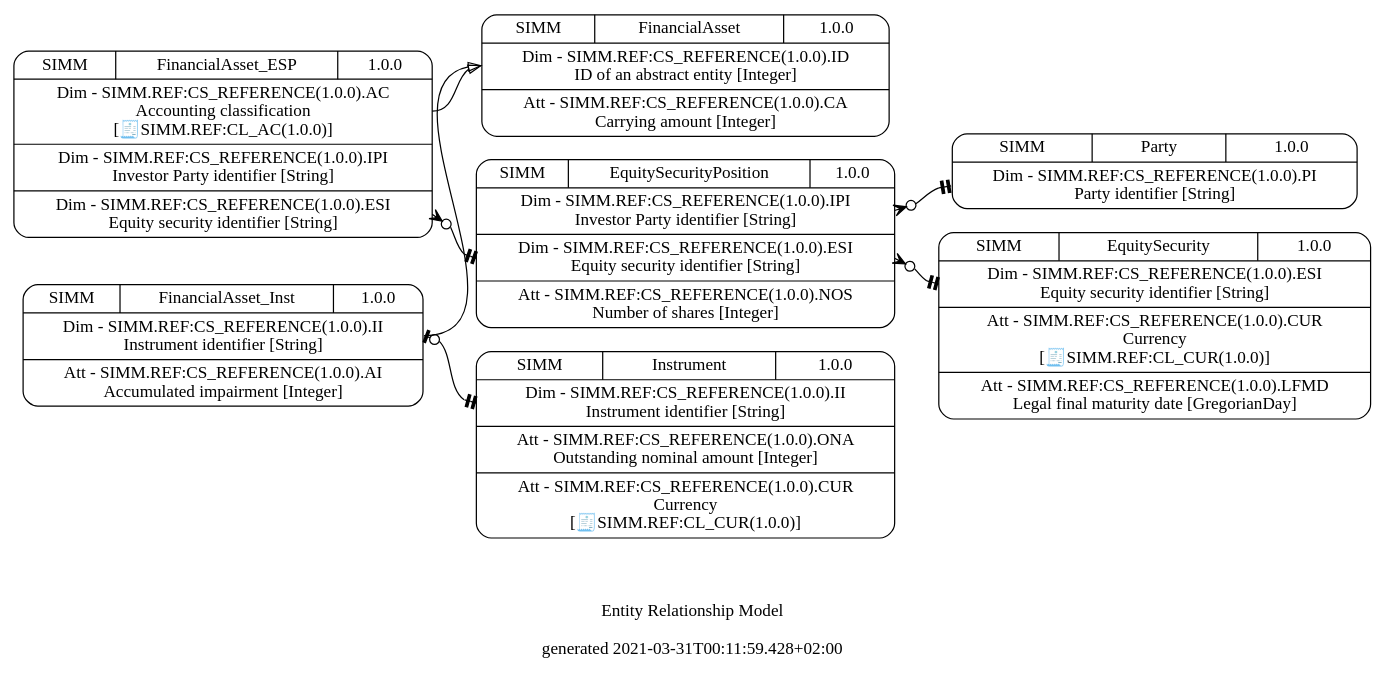
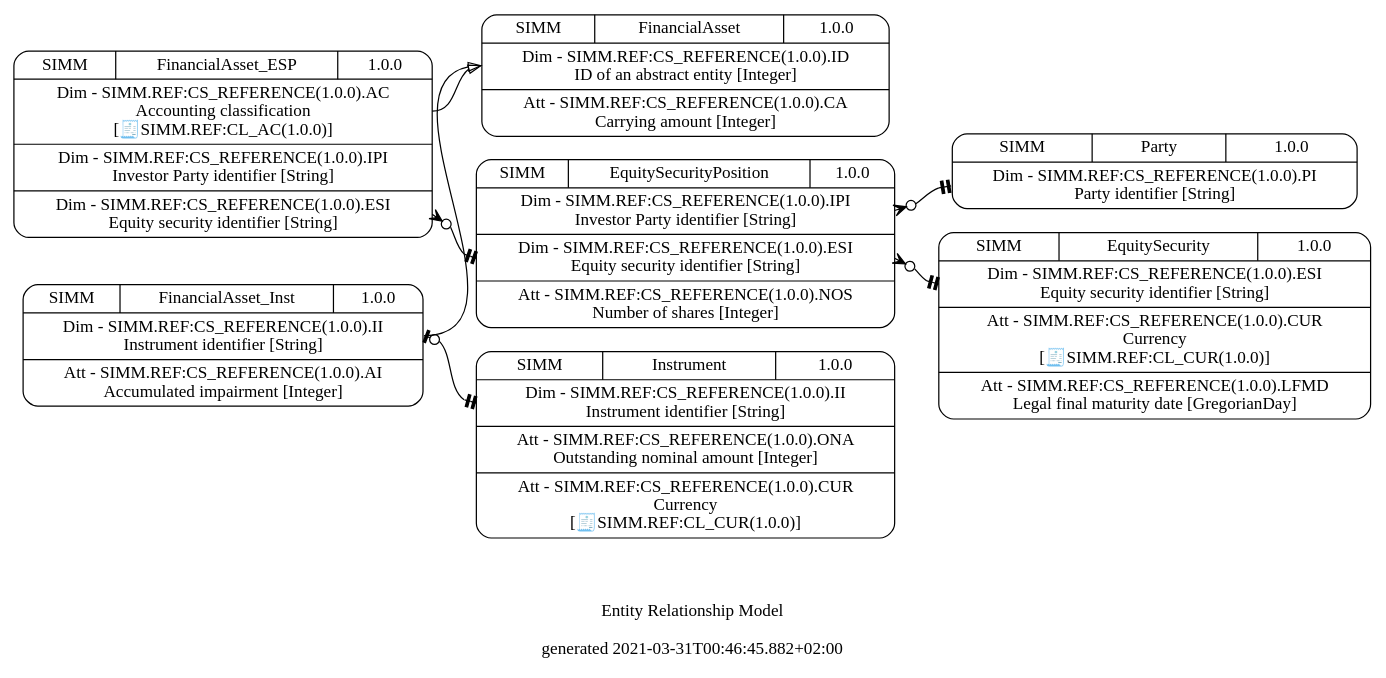
Before and after one commit to brainwasher/sdmxtube: the diagram in sdmx2gv/_example_StructureMap.gv, drawn with Graphviz. The commit also changed 4 other files, not shown here.

```diff
--- a/sdmx2gv/_example_StructureMap.gv
+++ b/sdmx2gv/_example_StructureMap.gv
@@ -1,4 +1,4 @@
-digraph DependecyMap { rankdir=LR; label="\n\n\nEntity Relationship Model\n\ngenerated 2021-03-31T00:11:59.428+02:00"; 
+digraph DependecyMap { rankdir=LR; label="\n\n\nEntity Relationship Model\n\ngenerated 2021-03-31T00:46:45.882+02:00"; 
   
   "SIMM:EquitySecurity(1.0.0)"
 			
```
